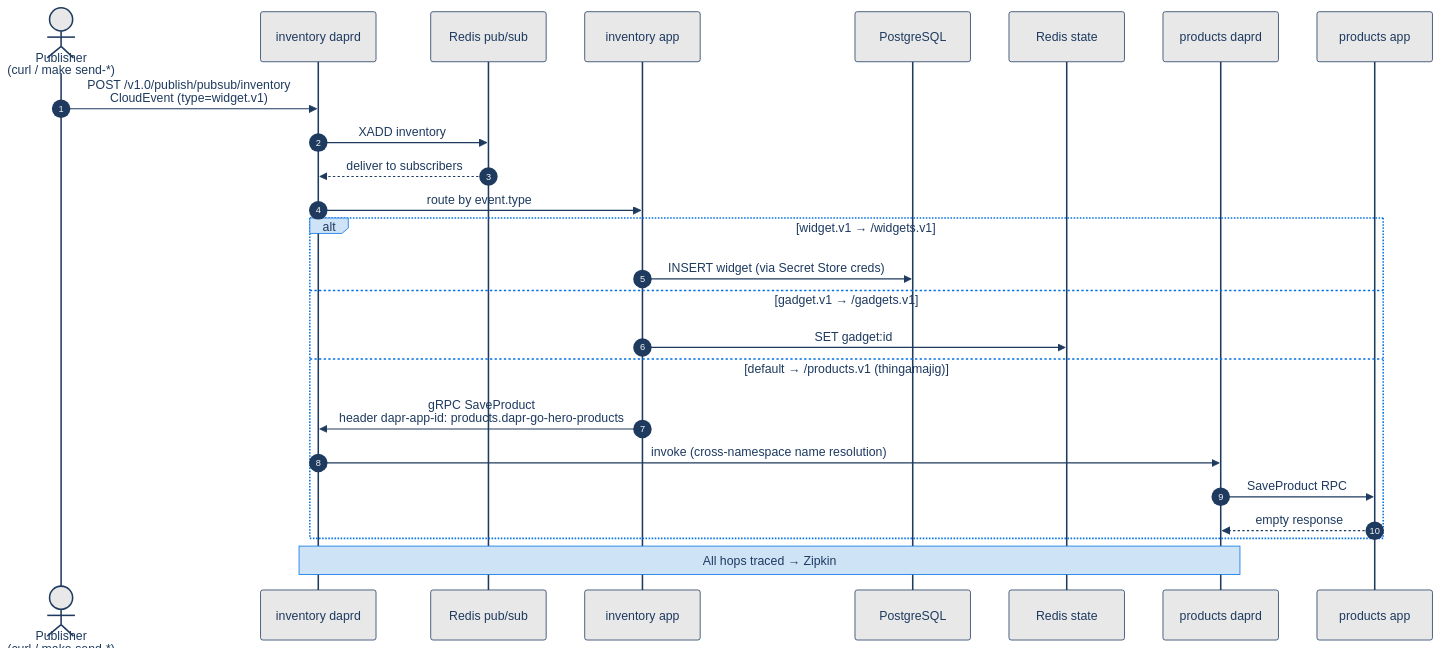
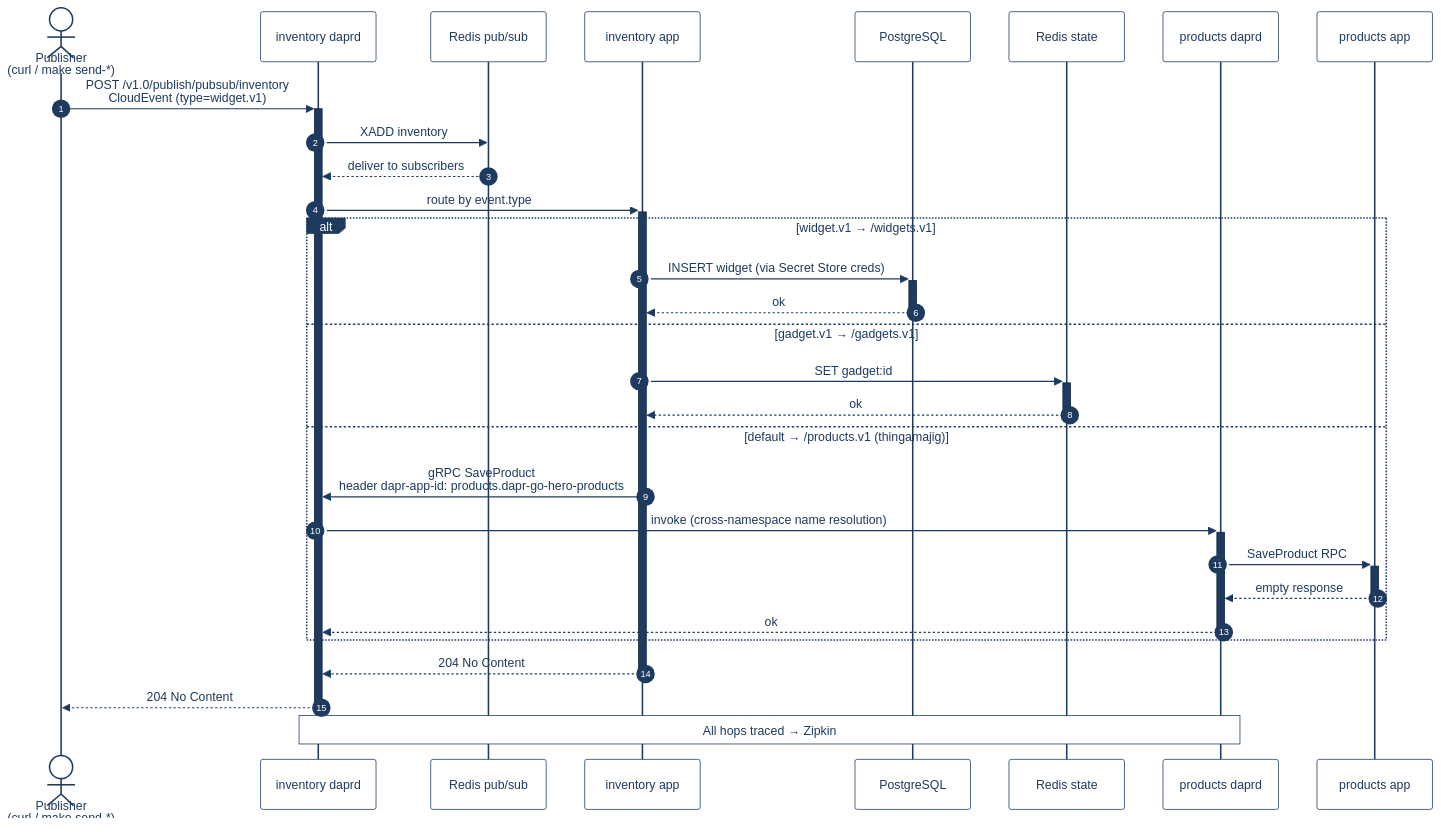
Before and after one commit to AndriyKalashnykov/dapr-go-hero: the second of 2 diagrams in README.md, drawn with Mermaid. The commit also changed other lines of this file, not shown here.

Commit message:
docs: eliminate white-on-green in diagrams; add activation bars
Flowchart topology (graph TB):
- Mermaid's base theme was deriving a greenish tertiaryColor from the
  blue primaryColor, which surfaced as greenish edge-label backgrounds.
  Pin background=#FFFFFF, edgeLabelBackground=#FFFFFF, tertiaryColor=
  #FFFFFF explicitly. Edge labels now render as navy text on white.

Sequence diagram:
- Pin background=#FFFFFF and override all sequence-theme variables to
  force white backgrounds everywhere (actors, notes, labels, alt blocks).
- labelBoxBkgColor/Border = navy #1E3A5F with white labelTextColor —
  the alt/else tag rectangles are now solid navy.
- activationBkgColor/Border = navy; added explicit +/- activation
  markers on every message so lifelines show navy vertical rectangles
  during each participant's active period (matches UML convention and
  the user's "dark blue rectangles for activities" intent).

mermaid-lint passes on both.

````diff
--- a/README.md
+++ b/README.md
@@ -330,31 +330,37 @@
 ```mermaid
-%%{init: {'theme':'base','themeVariables':{'fontFamily':'ui-sans-serif, system-ui, sans-serif','primaryColor':'#0070E5','primaryTextColor':'#fff','primaryBorderColor':'#1E3A5F','actorBkg':'#E8E8E8','actorBorder':'#1E3A5F','actorTextColor':'#1E3A5F','actorLineColor':'#1E3A5F','signalColor':'#1E3A5F','signalTextColor':'#1E3A5F','labelBoxBkgColor':'#CEE3F6','labelBoxBorderColor':'#0070E5','labelTextColor':'#1E3A5F','loopTextColor':'#1E3A5F','noteBkgColor':'#CEE3F6','noteBorderColor':'#0070E5','noteTextColor':'#1E3A5F','altBackground':'#F5F7FA'}}}%%
+%%{init: {'theme':'base','themeVariables':{'background':'#FFFFFF','fontFamily':'ui-sans-serif, system-ui, sans-serif','primaryColor':'#FFFFFF','primaryTextColor':'#1E3A5F','primaryBorderColor':'#1E3A5F','actorBkg':'#FFFFFF','actorBorder':'#1E3A5F','actorTextColor':'#1E3A5F','actorLineColor':'#1E3A5F','signalColor':'#1E3A5F','signalTextColor':'#1E3A5F','labelBoxBkgColor':'#1E3A5F','labelBoxBorderColor':'#1E3A5F','labelTextColor':'#FFFFFF','loopTextColor':'#1E3A5F','noteBkgColor':'#FFFFFF','noteBorderColor':'#1E3A5F','noteTextColor':'#1E3A5F','altBackground':'#FFFFFF','activationBkgColor':'#1E3A5F','activationBorderColor':'#0C2340','sequenceNumberColor':'#FFFFFF'}}}%%
 sequenceDiagram
   autonumber
   actor Pub as Publisher<br/>(curl / make send-*)
   participant IDaprd as inventory daprd
   participant Redis as Redis pub/sub
   participant IApp as inventory app
   participant PG as PostgreSQL
   participant RState as Redis state
   participant PDaprd as products daprd
   participant PApp as products app
 
-  Pub->>IDaprd: POST /v1.0/publish/pubsub/inventory<br/>CloudEvent (type=widget.v1)
+  Pub->>+IDaprd: POST /v1.0/publish/pubsub/inventory<br/>CloudEvent (type=widget.v1)
   IDaprd->>Redis: XADD inventory
   Redis-->>IDaprd: deliver to subscribers
-  IDaprd->>IApp: route by event.type
+  IDaprd->>+IApp: route by event.type
 
   alt widget.v1 → /widgets.v1
-    IApp->>PG: INSERT widget (via Secret Store creds)
+    IApp->>+PG: INSERT widget (via Secret Store creds)
+    PG-->>-IApp: ok
   else gadget.v1 → /gadgets.v1
-    IApp->>RState: SET gadget:id
+    IApp->>+RState: SET gadget:id
+    RState-->>-IApp: ok
   else default → /products.v1 (thingamajig)
     IApp->>IDaprd: gRPC SaveProduct<br/>header dapr-app-id: products.dapr-go-hero-products
-    IDaprd->>PDaprd: invoke (cross-namespace name resolution)
-    PDaprd->>PApp: SaveProduct RPC
-    PApp-->>PDaprd: empty response
+    IDaprd->>+PDaprd: invoke (cross-namespace name resolution)
+    PDaprd->>+PApp: SaveProduct RPC
+    PApp-->>-PDaprd: empty response
+    PDaprd-->>-IDaprd: ok
   end
+
+  IApp-->>-IDaprd: 204 No Content
+  IDaprd-->>-Pub: 204 No Content
 
   Note over IDaprd,PDaprd: All hops traced → Zipkin
 ```
````
